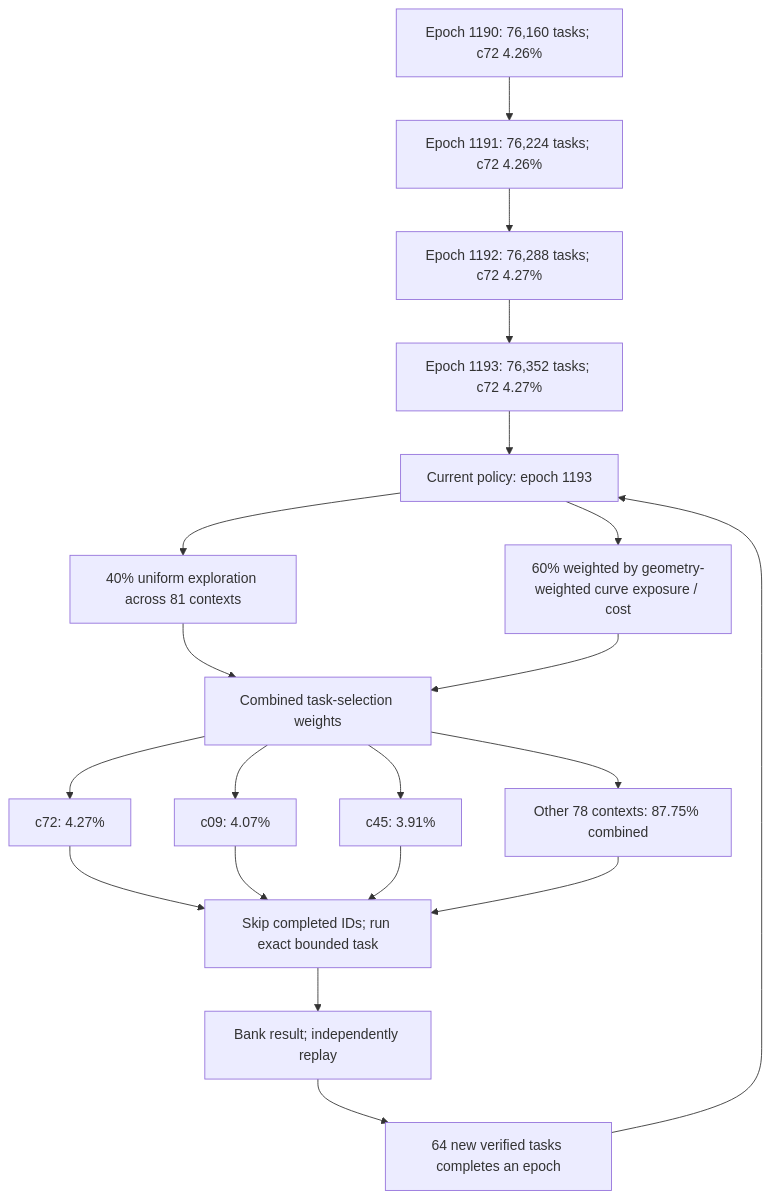
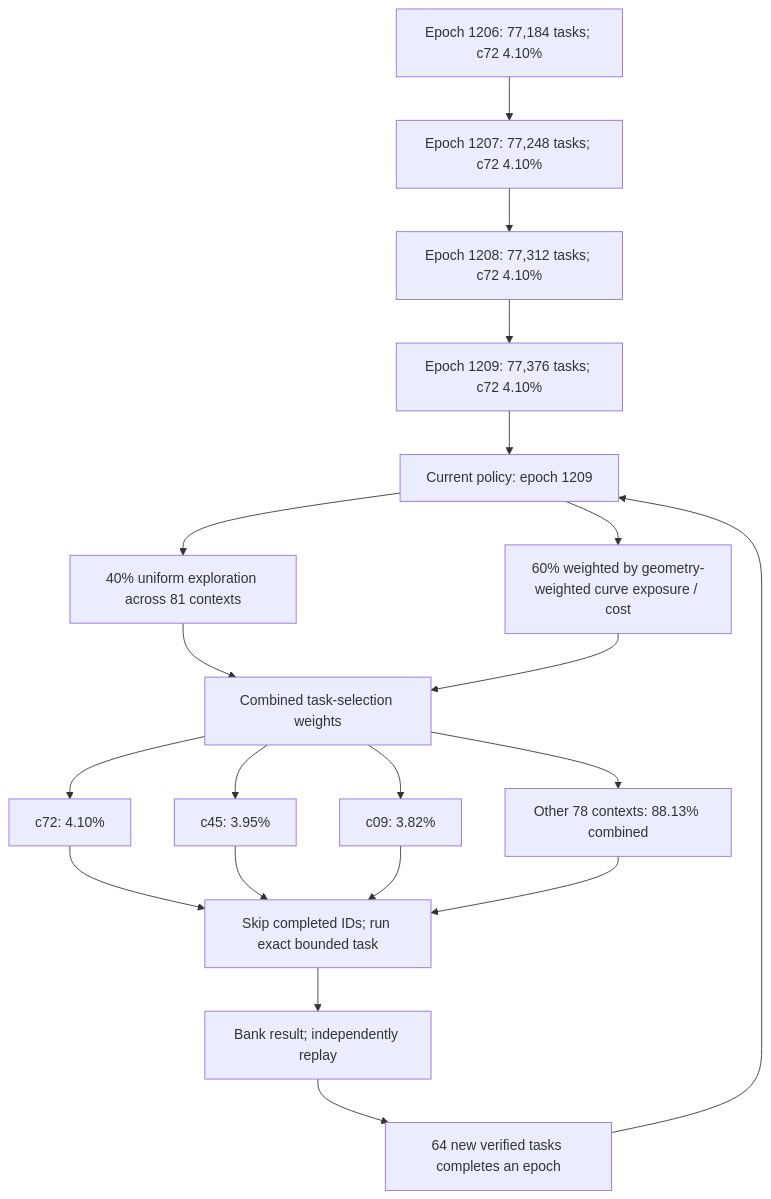
The first of 3 diagrams in README.md (Kuberwastaken/math-gambling), drawn with Mermaid before and after one commit. The commit also changed other lines of this file and 2134 other files, not shown here.

````diff
--- a/README.md
+++ b/README.md
@@ -55,27 +55,27 @@
 ```mermaid
 flowchart TD
-    H0["Epoch 1190: 76,160 tasks; c72 4.26%"]
-    H1["Epoch 1191: 76,224 tasks; c72 4.26%"]
+    H0["Epoch 1206: 77,184 tasks; c72 4.10%"]
+    H1["Epoch 1207: 77,248 tasks; c72 4.10%"]
     H0 --> H1
-    H2["Epoch 1192: 76,288 tasks; c72 4.27%"]
+    H2["Epoch 1208: 77,312 tasks; c72 4.10%"]
     H1 --> H2
-    H3["Epoch 1193: 76,352 tasks; c72 4.27%"]
+    H3["Epoch 1209: 77,376 tasks; c72 4.10%"]
     H2 --> H3
-    Policy["Current policy: epoch 1193"]
+    Policy["Current policy: epoch 1209"]
     H3 --> Policy
     Policy --> Explore["40% uniform exploration across 81 contexts"]
     Policy --> Cost["60% weighted by geometry-weighted curve exposure / cost"]
     Explore --> Mix["Combined task-selection weights"]
     Cost --> Mix
-    Mix --> C0["c72: 4.27%"]
-    Mix --> C1["c09: 4.07%"]
-    Mix --> C2["c45: 3.91%"]
-    Mix --> Rest["Other 78 contexts: 87.75% combined"]
+    Mix --> C0["c72: 4.10%"]
+    Mix --> C1["c45: 3.95%"]
+    Mix --> C2["c09: 3.82%"]
+    Mix --> Rest["Other 78 contexts: 88.13% combined"]
     C0 --> Check["Skip completed IDs; run exact bounded task"]
     C1 --> Check
     C2 --> Check
     Rest --> Check
     Check --> Replay["Bank result; independently replay"]
     Replay --> Gate["64 new verified tasks completes an epoch"]
     Gate --> Policy
 ```
````
